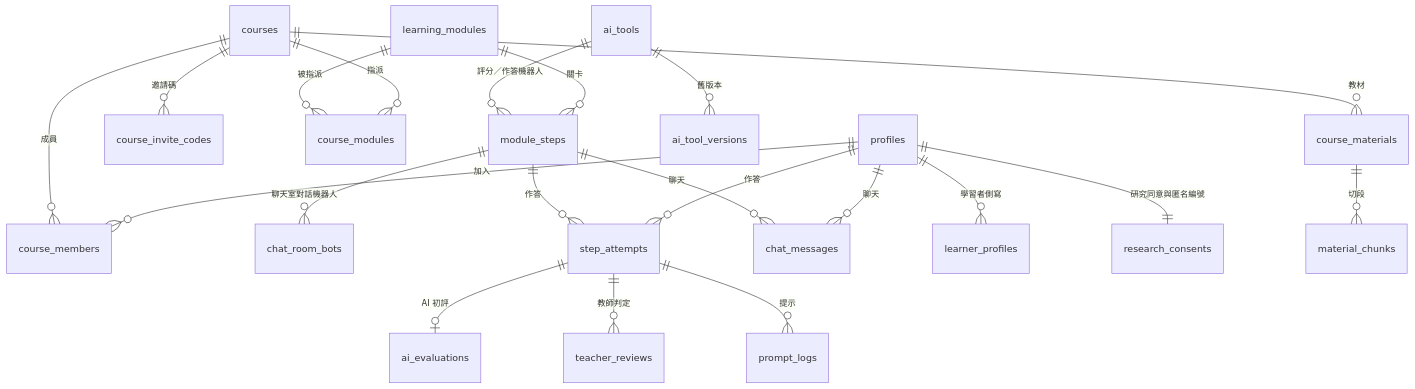
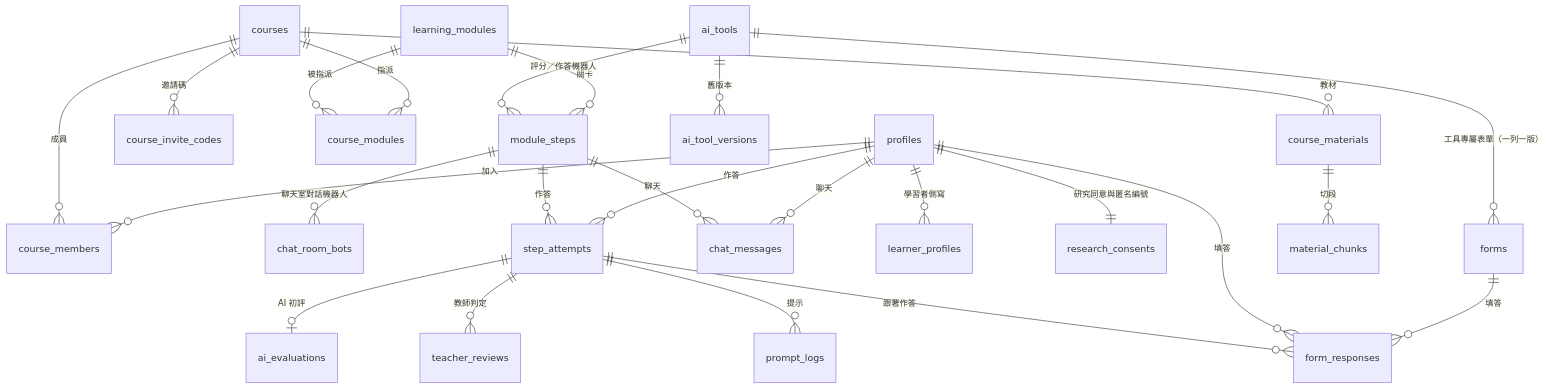
One commit to jacky0407/AI-robot_project changed the diagram in docs/DATA_DICTIONARY.md. Above: the diagram before and after it, drawn with Mermaid. The commit also changed other lines of this file and 12 other files, not shown here.

````diff
--- a/docs/DATA_DICTIONARY.md
+++ b/docs/DATA_DICTIONARY.md
@@ -116,23 +138,27 @@
 ```mermaid
 erDiagram
     profiles ||--o{ course_members : "加入"
     courses ||--o{ course_members : "成員"
     courses ||--o{ course_invite_codes : "邀請碼"
     courses ||--o{ course_modules : "指派"
     learning_modules ||--o{ course_modules : "被指派"
     learning_modules ||--o{ module_steps : "關卡"
     ai_tools ||--o{ module_steps : "評分／作答機器人"
     ai_tools ||--o{ ai_tool_versions : "舊版本"
     module_steps ||--o{ chat_room_bots : "聊天室對話機器人"
     profiles ||--o{ step_attempts : "作答"
     module_steps ||--o{ step_attempts : "作答"
     step_attempts ||--o| ai_evaluations : "AI 初評"
     step_attempts ||--o{ teacher_reviews : "教師判定"
     step_attempts ||--o{ prompt_logs : "提示"
     profiles ||--o{ chat_messages : "聊天"
     module_steps ||--o{ chat_messages : "聊天"
     profiles ||--o{ learner_profiles : "學習者側寫"
     profiles ||--|| research_consents : "研究同意與匿名編號"
+    ai_tools ||--o{ forms : "工具專屬表單（一列一版）"
+    forms ||--o{ form_responses : "填答"
+    profiles ||--o{ form_responses : "填答"
+    step_attempts ||--o{ form_responses : "跟著作答"
     courses ||--o{ course_materials : "教材"
     course_materials ||--o{ material_chunks : "切段"
 ```
````
